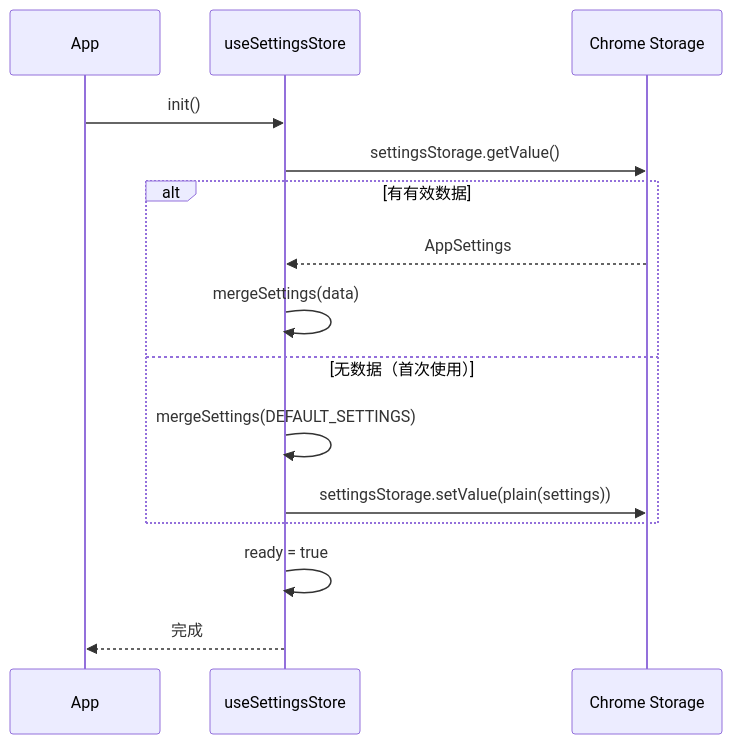
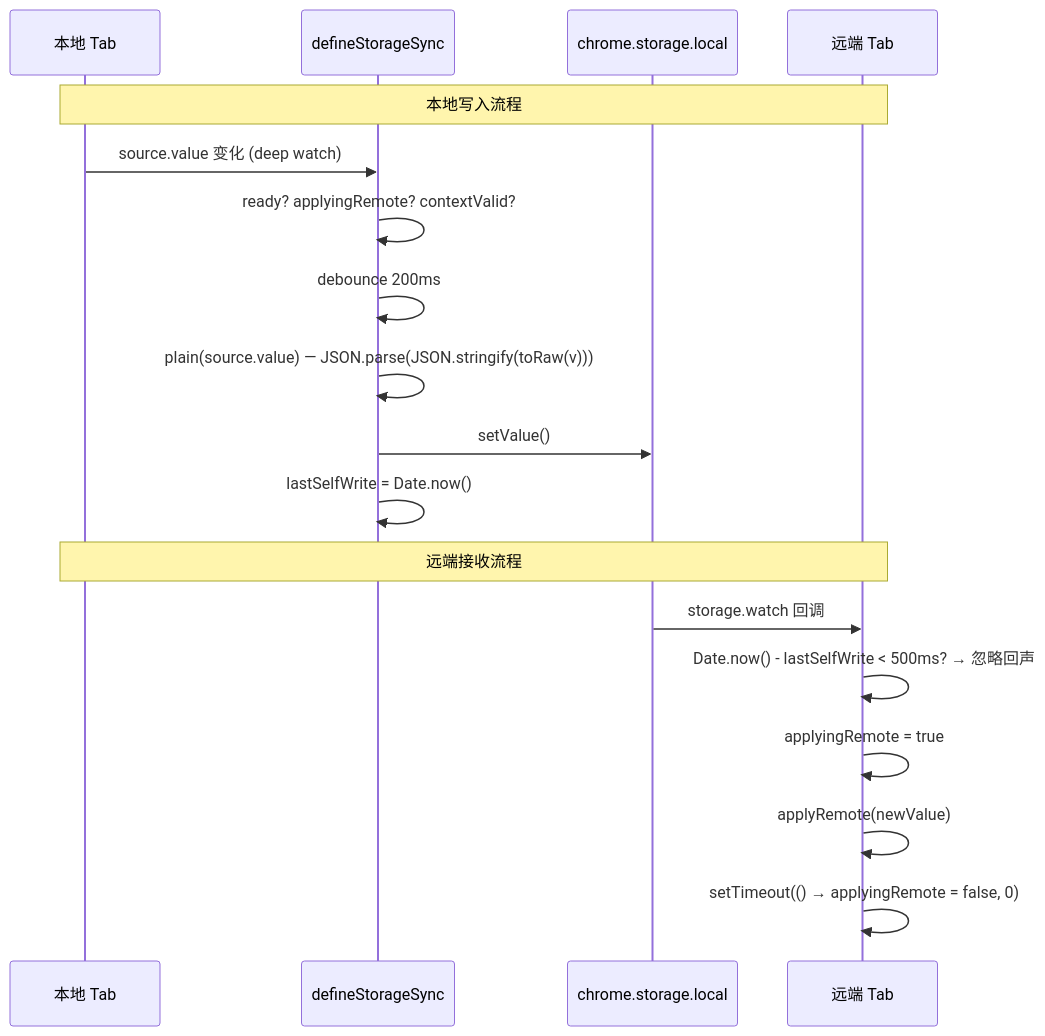
One commit to zw123zw/ai-browser changed the second of 7 diagrams in docs/architecture/state-management.md. Above: the diagram before and after it, drawn with Mermaid. The commit also changed other lines of this file and 42 other files, not shown here.

````diff
--- a/docs/architecture/state-management.md
+++ b/docs/architecture/state-management.md
@@ -127,18 +89,22 @@
 ```mermaid
 sequenceDiagram
-    participant App
-    participant Store as useSettingsStore
-    participant Storage as Chrome Storage
+    participant Local as 本地 Tab
+    participant Sync as defineStorageSync
+    participant Storage as chrome.storage.local
+    participant Remote as 远端 Tab
 
-    App->>Store: init()
-    Store->>Storage: settingsStorage.getValue()
-    alt 有有效数据
-        Storage-->>Store: AppSettings
-        Store->>Store: mergeSettings(data)
-    else 无数据（首次使用）
-        Store->>Store: mergeSettings(DEFAULT_SETTINGS)
-        Store->>Storage: settingsStorage.setValue(plain(settings))
-    end
-    Store->>Store: ready = true
-    Store-->>App: 完成
+    Note over Local,Remote: 本地写入流程
+    Local->>Sync: source.value 变化 (deep watch)
+    Sync->>Sync: ready? applyingRemote? contextValid?
+    Sync->>Sync: debounce 200ms
+    Sync->>Sync: plain(source.value) — JSON.parse(JSON.stringify(toRaw(v)))
+    Sync->>Storage: setValue()
+    Sync->>Sync: lastSelfWrite = Date.now()
+
+    Note over Local,Remote: 远端接收流程
+    Storage->>Remote: storage.watch 回调
+    Remote->>Remote: Date.now() - lastSelfWrite < 500ms? → 忽略回声
+    Remote->>Remote: applyingRemote = true
+    Remote->>Remote: applyRemote(newValue)
+    Remote->>Remote: setTimeout(() → applyingRemote = false, 0)
 ```
````
